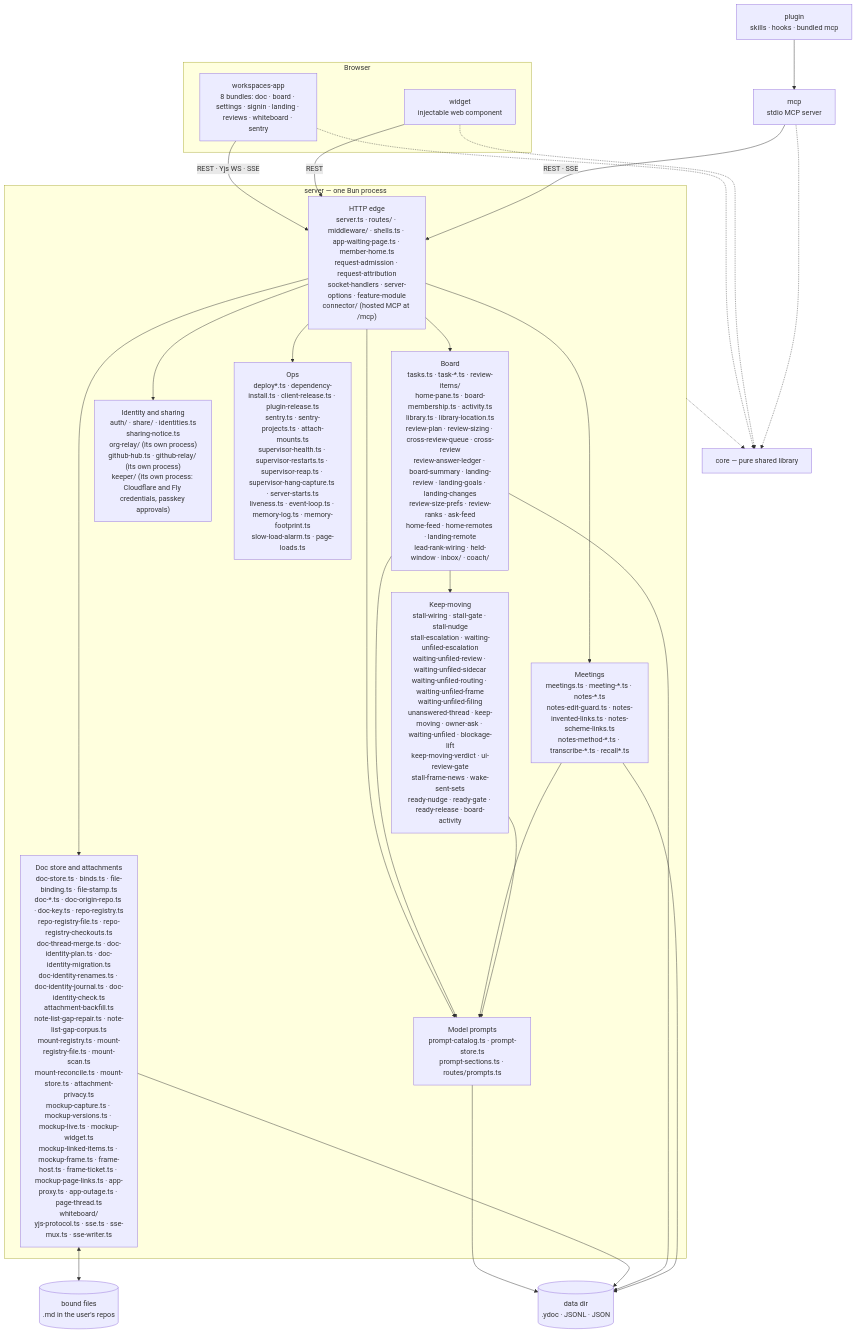
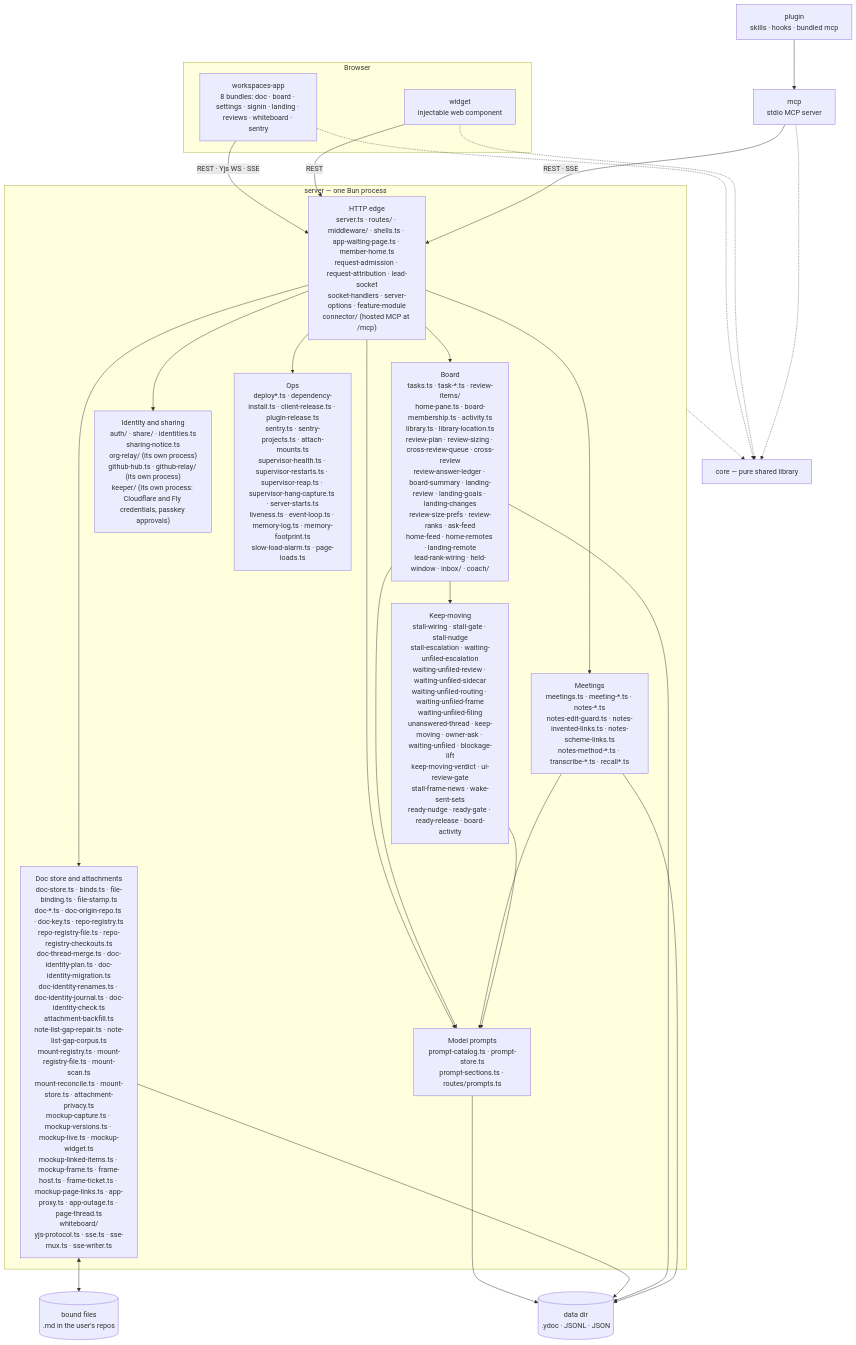
One commit to fryanpan/claude-workspaces-plugin changed the first of 2 diagrams in docs/architecture/overview.md. Above: the diagram before and after it, drawn with Mermaid. The commit also changed other lines of this file and 7 other files, not shown here.

First line of the commit message:
The lead socket admits a board agent token and nothing else

````diff
--- a/docs/architecture/overview.md
+++ b/docs/architecture/overview.md
@@ -45,35 +45,35 @@
 ```mermaid
 flowchart TB
   subgraph browser[Browser]
     app["workspaces-app<br/>8 bundles: doc · board · settings · signin · landing · reviews · whiteboard · sentry"]
     wid["widget<br/>injectable web component"]
   end
   plug["plugin<br/>skills · hooks · bundled mcp"]
   mcp["mcp<br/>stdio MCP server"]
   subgraph srv["server — one Bun process"]
-    edge["HTTP edge<br/>server.ts · routes/ · middleware/ · shells.ts · app-waiting-page.ts · member-home.ts<br/>request-admission · request-attribution<br/>socket-handlers · server-options · feature-module<br/>connector/ (hosted MCP at /mcp)"]
+    edge["HTTP edge<br/>server.ts · routes/ · middleware/ · shells.ts · app-waiting-page.ts · member-home.ts<br/>request-admission · request-attribution · lead-socket<br/>socket-handlers · server-options · feature-module<br/>connector/ (hosted MCP at /mcp)"]
     docs["Doc store and attachments<br/>doc-store.ts · binds.ts · file-binding.ts · file-stamp.ts<br/>doc-*.ts · doc-origin-repo.ts · doc-key.ts · repo-registry.ts<br/>repo-registry-file.ts · repo-registry-checkouts.ts<br/>doc-thread-merge.ts · doc-identity-plan.ts · doc-identity-migration.ts<br/>doc-identity-renames.ts · doc-identity-journal.ts · doc-identity-check.ts<br/>attachment-backfill.ts<br/>note-list-gap-repair.ts · note-list-gap-corpus.ts<br/>mount-registry.ts · mount-registry-file.ts · mount-scan.ts<br/>mount-reconcile.ts · mount-store.ts · attachment-privacy.ts<br/>mockup-capture.ts · mockup-versions.ts · mockup-live.ts · mockup-widget.ts<br/>mockup-linked-items.ts · mockup-frame.ts · frame-host.ts · frame-ticket.ts · mockup-page-links.ts · app-proxy.ts · app-outage.ts · page-thread.ts<br/>whiteboard/<br/>yjs-protocol.ts · sse.ts · sse-mux.ts · sse-writer.ts"]
     board["Board<br/>tasks.ts · task-*.ts · review-items/<br/>home-pane.ts · board-membership.ts · activity.ts<br/>library.ts · library-location.ts<br/>review-plan · review-sizing · cross-review-queue · cross-review<br/>review-answer-ledger · board-summary · landing-review · landing-goals · landing-changes<br/>review-size-prefs · review-ranks · ask-feed<br/>home-feed · home-remotes · landing-remote<br/>lead-rank-wiring · held-window · inbox/ · coach/"]
     meet["Meetings<br/>meetings.ts · meeting-*.ts · notes-*.ts<br/>notes-edit-guard.ts · notes-invented-links.ts · notes-scheme-links.ts<br/>notes-method-*.ts · transcribe-*.ts · recall*.ts"]
     keep["Keep-moving<br/>stall-wiring · stall-gate · stall-nudge<br/>stall-escalation · waiting-unfiled-escalation<br/>waiting-unfiled-review · waiting-unfiled-sidecar<br/>waiting-unfiled-routing · waiting-unfiled-frame<br/>waiting-unfiled-filing<br/>unanswered-thread · keep-moving · owner-ask · waiting-unfiled · blockage-lift<br/>keep-moving-verdict · ui-review-gate<br/>stall-frame-news · wake-sent-sets<br/>ready-nudge · ready-gate · ready-release · board-activity"]
     ident["Identity and sharing<br/>auth/ · share/ · identities.ts<br/>sharing-notice.ts<br/>org-relay/ (its own process)<br/>github-hub.ts · github-relay/ (its own process)<br/>keeper/ (its own process: Cloudflare and Fly credentials, passkey approvals)"]
     prompts["Model prompts<br/>prompt-catalog.ts · prompt-store.ts<br/>prompt-sections.ts · routes/prompts.ts"]
     ops["Ops<br/>deploy*.ts · dependency-install.ts · client-release.ts · plugin-release.ts<br/>sentry.ts · sentry-projects.ts · attach-mounts.ts<br/>supervisor-health.ts · supervisor-restarts.ts · supervisor-reap.ts · supervisor-hang-capture.ts · server-starts.ts<br/>liveness.ts · event-loop.ts · memory-log.ts · memory-footprint.ts<br/>slow-load-alarm.ts · page-loads.ts"]
   end
   core["core — pure shared library"]
   disk[("data dir<br/>.ydoc · JSONL · JSON")]
   files[("bound files<br/>.md in the user's repos")]
 
   app -->|"REST · Yjs WS · SSE"| edge
   wid -->|REST| edge
   plug --> mcp
   mcp -->|"REST · SSE"| edge
   edge --> docs & board & meet & ident & ops & prompts
   board & meet & keep --> prompts
   prompts --> disk
   board --> keep
   docs <--> files
   docs & board & meet --> disk
   app & wid & mcp -.-> core
   srv -.-> core
 ```
````
